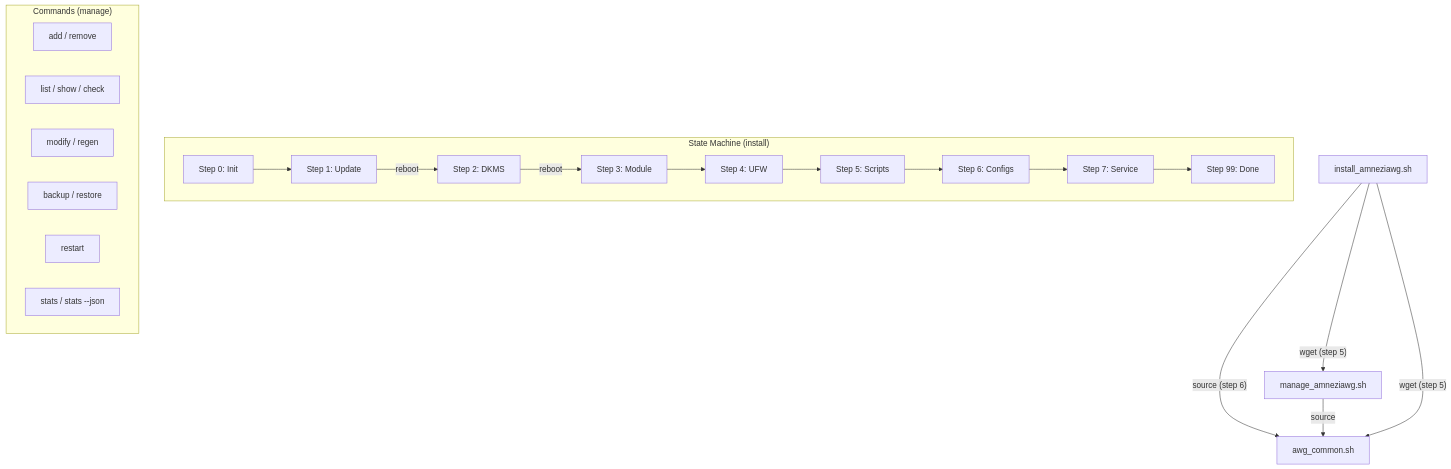
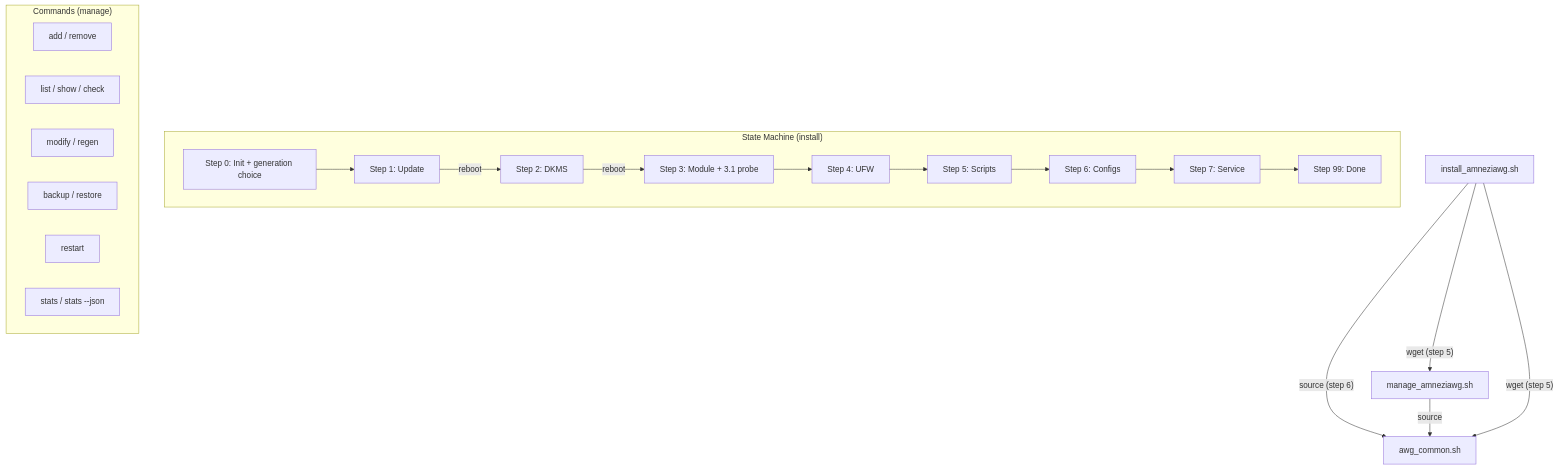
Before and after one commit to bivlked/amneziawg-installer: the diagram in ADVANCED.en.md, drawn with Mermaid. The commit also changed other lines of this file and 3 other files, not shown here.

````diff
--- a/ADVANCED.en.md
+++ b/ADVANCED.en.md
@@ -1058,27 +1191,27 @@
 ```mermaid
 graph TD
     A[install_amneziawg.sh] -->|"source (step 6)"| C[awg_common.sh]
     B[manage_amneziawg.sh] -->|"source"| C
     A -->|"wget (step 5)"| B
     A -->|"wget (step 5)"| C
 
     subgraph "State Machine (install)"
-        S0[Step 0: Init] --> S1[Step 1: Update]
+        S0[Step 0: Init + generation choice] --> S1[Step 1: Update]
         S1 -->|reboot| S2[Step 2: DKMS]
-        S2 -->|reboot| S3[Step 3: Module]
+        S2 -->|reboot| S3[Step 3: Module + 3.1 probe]
         S3 --> S4[Step 4: UFW]
         S4 --> S5[Step 5: Scripts]
         S5 --> S6[Step 6: Configs]
         S6 --> S7[Step 7: Service]
         S7 --> S99[Step 99: Done]
     end
 
     subgraph "Commands (manage)"
         M1[add / remove]
         M2[list / show / check]
         M3[modify / regen]
         M4[backup / restore]
         M5[restart]
         M6[stats / stats --json]
     end
 ```
````
